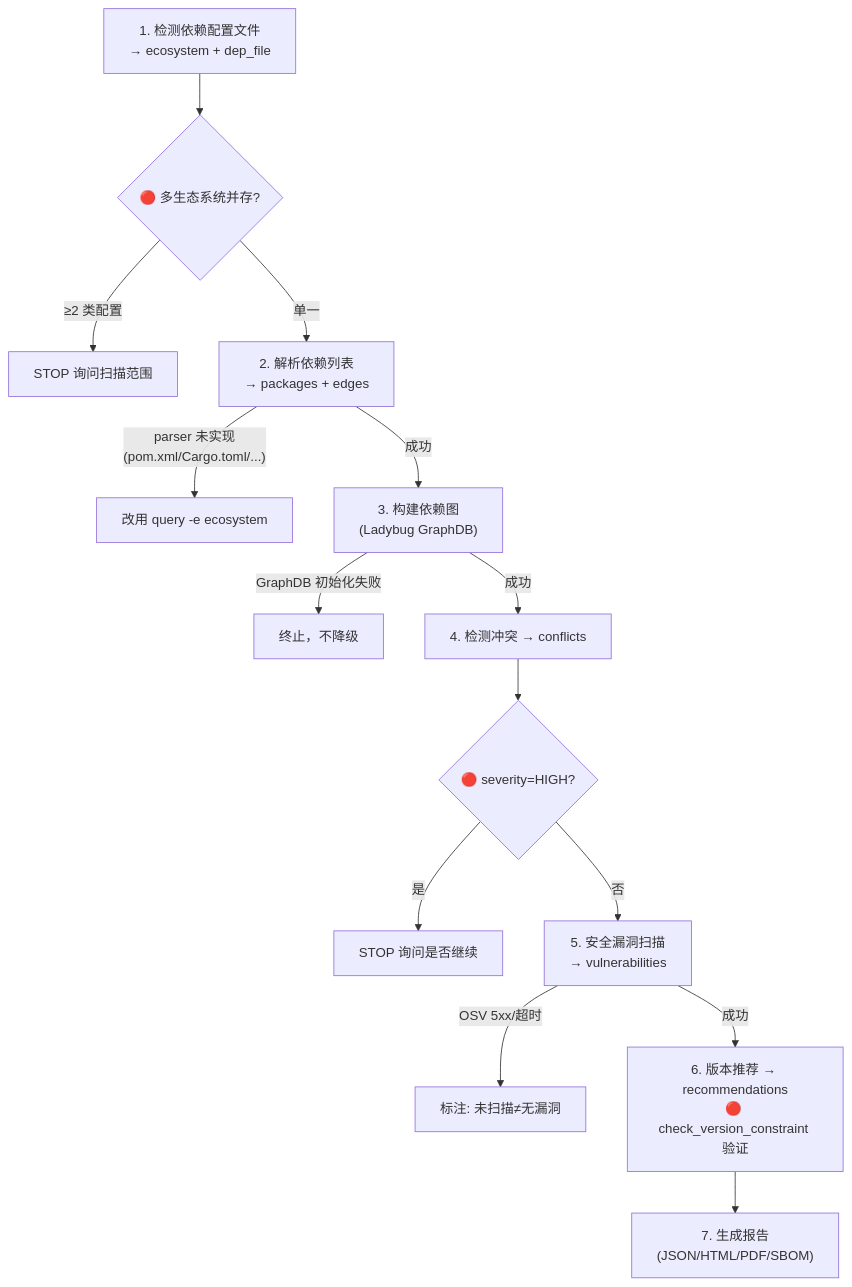
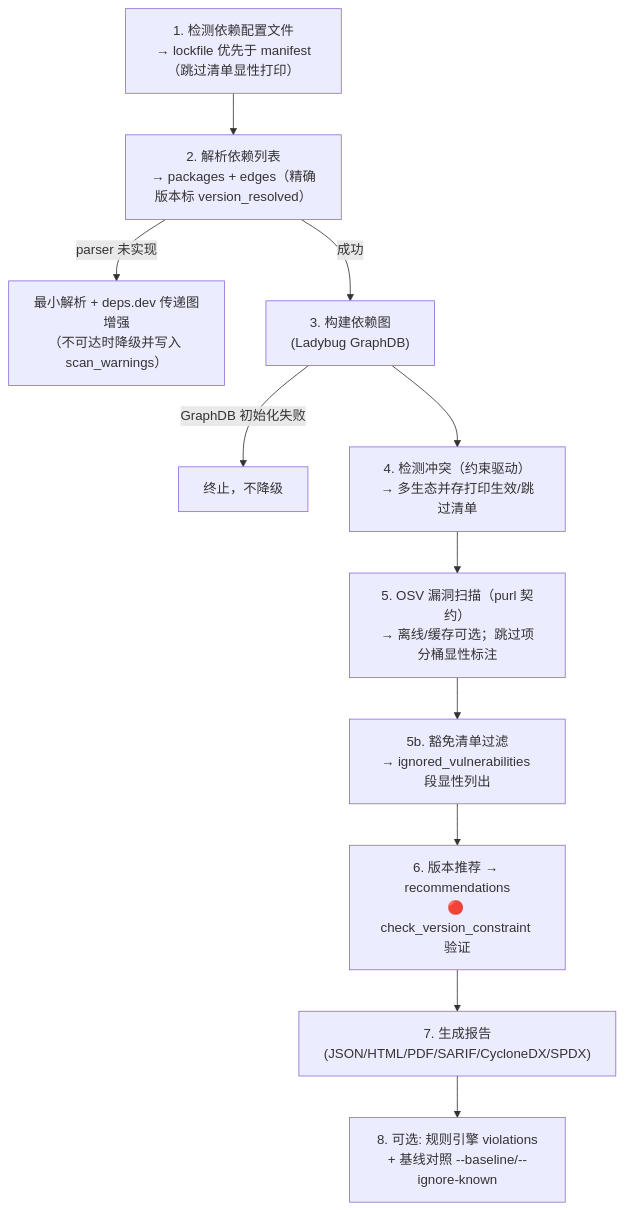
One commit to Kirky-X/dayv changed the diagram in SKILL.md. Above: the diagram before and after it, drawn with Mermaid. The commit also changed other lines of this file and 17 other files, not shown here.

````diff
--- a/SKILL.md
+++ b/SKILL.md
@@ -117,16 +152,13 @@
 ```mermaid
 flowchart TD
-    S1["1. 检测依赖配置文件\n→ ecosystem + dep_file"] --> CP1{"🔴 多生态系统并存?"}
-    CP1 -->|"≥2 类配置"| STOP1["STOP 询问扫描范围"]
-    CP1 -->|"单一"| S2["2. 解析依赖列表\n→ packages + edges"]
-    S2 -->|"parser 未实现\n(pom.xml/Cargo.toml/...)"| FB["改用 query -e ecosystem"]
+    S1["1. 检测依赖配置文件\n→ lockfile 优先于 manifest（跳过清单显性打印）"] --> S2["2. 解析依赖列表\n→ packages + edges（精确版本标 version_resolved）"]
+    S2 -->|"parser 未实现"| FB["最小解析 + deps.dev 传递图增强\n（不可达时降级并写入 scan_warnings）"]
     S2 -->|"成功"| S3["3. 构建依赖图\n(Ladybug GraphDB)"]
     S3 -->|"GraphDB 初始化失败"| ABORT["终止，不降级"]
-    S3 -->|"成功"| S4["4. 检测冲突 → conflicts"]
-    S4 --> CP2{"🔴 severity=HIGH?"}
-    CP2 -->|"是"| STOP2["STOP 询问是否继续"]
-    CP2 -->|"否"| S5["5. 安全漏洞扫描\n→ vulnerabilities"]
-    S5 -->|"OSV 5xx/超时"| WARN["标注: 未扫描≠无漏洞"]
-    S5 -->|"成功"| S6["6. 版本推荐 → recommendations\n🔴 check_version_constraint 验证"]
-    S6 --> S7["7. 生成报告\n(JSON/HTML/PDF/SBOM)"]
+    S3 --> S4["4. 检测冲突（约束驱动）\n→ 多生态并存打印生效/跳过清单"]
+    S4 --> S5["5. OSV 漏洞扫描（purl 契约）\n→ 离线/缓存可选；跳过项分桶显性标注"]
+    S5 --> S5b["5b. 豁免清单过滤\n→ ignored_vulnerabilities 段显性列出"]
+    S5b --> S6["6. 版本推荐 → recommendations\n🔴 check_version_constraint 验证"]
+    S6 --> S7["7. 生成报告\n(JSON/HTML/PDF/SARIF/CycloneDX/SPDX)"]
+    S7 --> S8["8. 可选: 规则引擎 violations\n+ 基线对照 --baseline/--ignore-known"]
 ```
````
